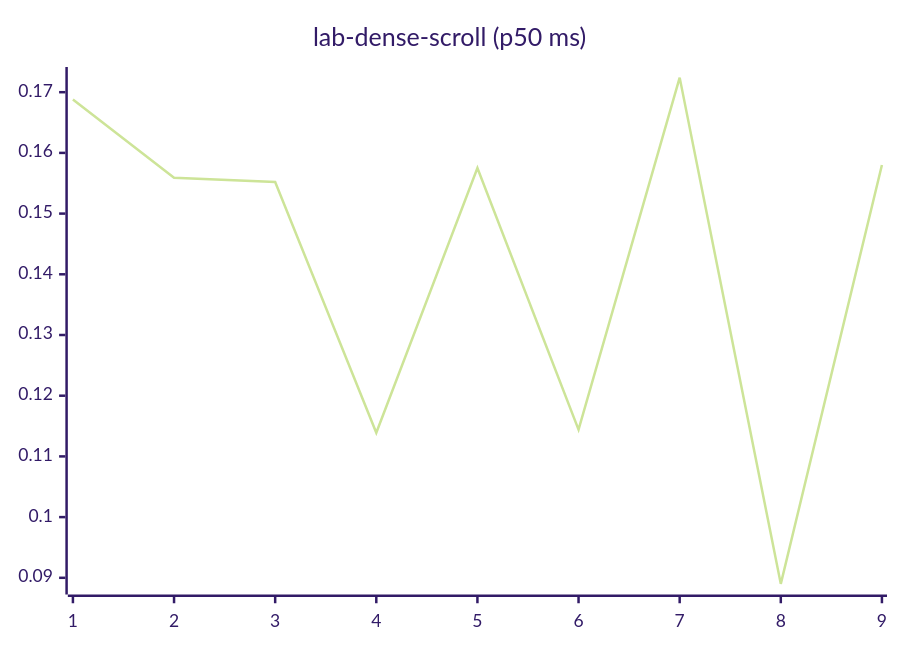
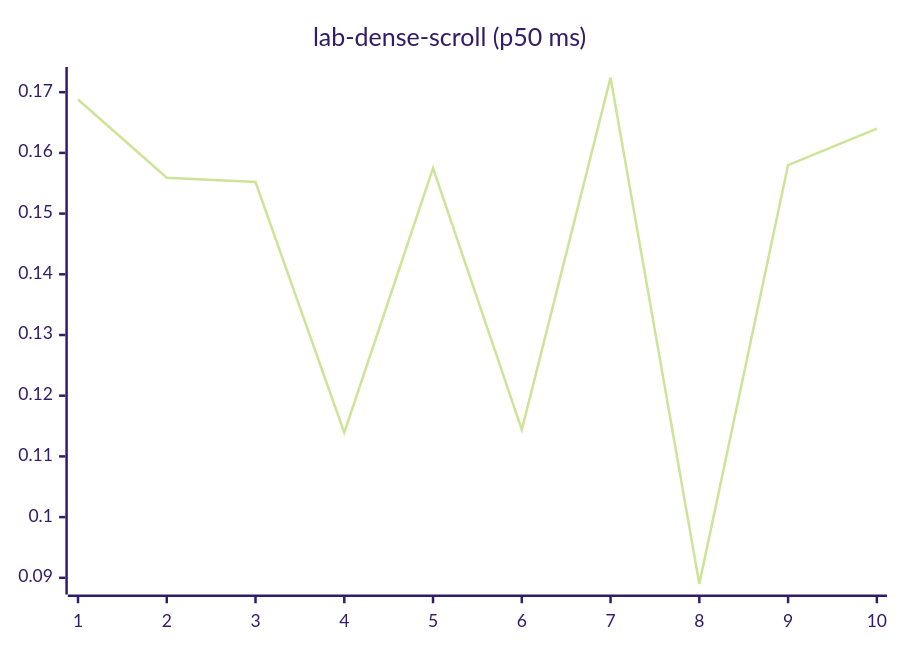
Diagram 12 of 27 in README.md (josha/Facet), drawn with Mermaid (forest theme) before and after one commit. The commit also changed other lines of this file and 2 other files, not shown here.

````diff
--- a/README.md
+++ b/README.md
@@ -140,6 +140,6 @@
 ```mermaid
 xychart-beta
     title "lab-dense-scroll (p50 ms)"
-    x-axis 1 --> 9
-    line [0.1688, 0.1559, 0.1552, 0.1139, 0.1575, 0.1144, 0.1724, 0.0890, 0.1580]
+    x-axis 1 --> 10
+    line [0.1688, 0.1559, 0.1552, 0.1139, 0.1575, 0.1144, 0.1724, 0.0890, 0.1580, 0.1640]
 ```
````
